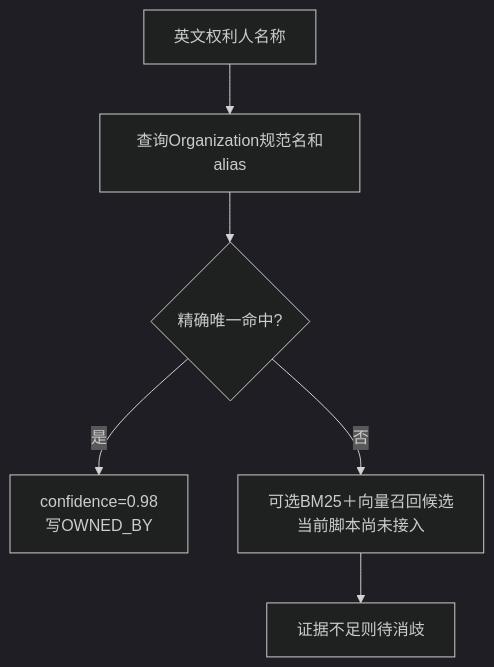
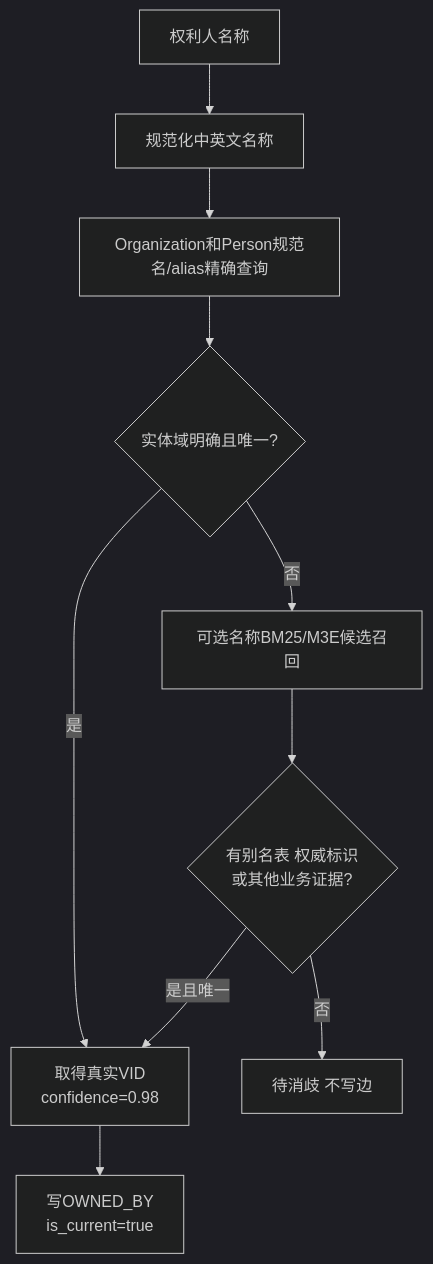
The eighth of 10 diagrams in backend/schemas/specifications/patent_relation_extraction.md (Marisolebxf/tech-kg-api), drawn with Mermaid (dark theme) before and after one commit. The commit also changed other lines of this file and 21 other files, not shown here.

````diff
--- a/backend/schemas/specifications/patent_relation_extraction.md
+++ b/backend/schemas/specifications/patent_relation_extraction.md
@@ -179,8 +230,12 @@
 ```mermaid
 flowchart TD
-    A[英文权利人名称] --> B[查询Organization规范名和alias]
-    B --> C{精确唯一命中?}
-    C -->|是| D[confidence=0.98<br/>写OWNED_BY]
-    C -->|否| F[可选BM25＋向量召回候选<br/>当前脚本尚未接入]
-    F --> E[证据不足则待消歧]
+    A[权利人名称] --> B[规范化中英文名称]
+    B --> C[Organization和Person规范名/alias精确查询]
+    C --> D{实体域明确且唯一?}
+    D -->|是| E[取得真实VID<br/>confidence=0.98]
+    D -->|否| F[可选名称BM25/M3E候选召回]
+    F --> G{有别名表 权威标识<br/>或其他业务证据?}
+    G -->|是且唯一| E
+    G -->|否| H[待消歧 不写边]
+    E --> I[写OWNED_BY<br/>is_current=true]
 ```
````
